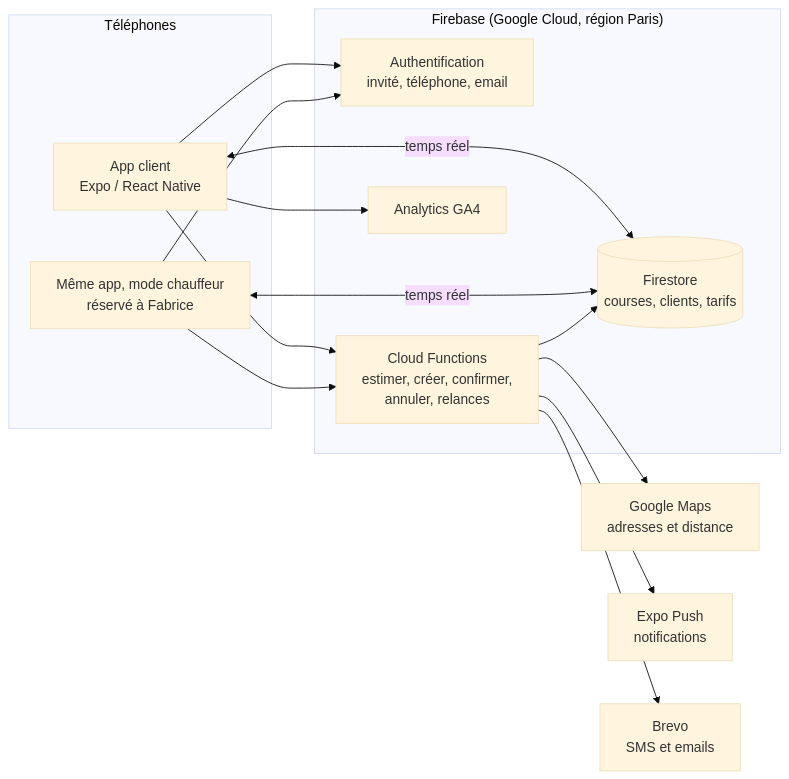
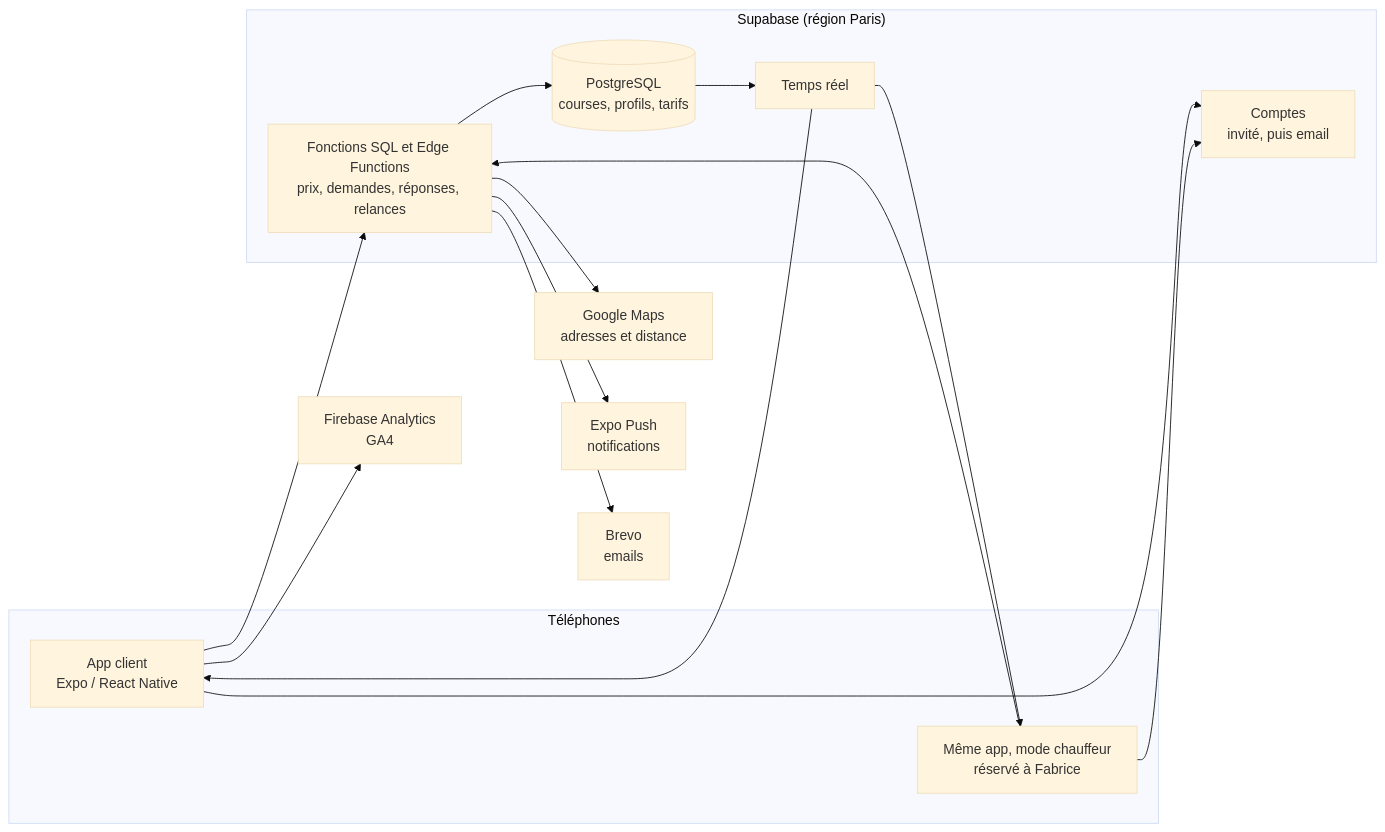
One commit to ZKS-Tech/app-vtc-volant3ranches changed the first of 2 diagrams in docs/architecture.md. Above: the diagram before and after it, drawn with Mermaid (base theme). The commit also changed other lines of this file and 14 other files, not shown here.

````diff
--- a/docs/architecture.md
+++ b/docs/architecture.md
@@ -7,28 +8,30 @@
 ```mermaid
 flowchart LR
   subgraph Téléphones
     C[App client<br/>Expo / React Native]
     F[Même app, mode chauffeur<br/>réservé à Fabrice]
   end
-  subgraph Firebase ["Firebase (Google Cloud, région Paris)"]
-    A[Authentification<br/>invité, téléphone, email]
-    D[(Firestore<br/>courses, clients, tarifs)]
-    FN[Cloud Functions<br/>estimer, créer, confirmer,<br/>annuler, relances]
-    GA[Analytics GA4]
+  subgraph Supabase ["Supabase (région Paris)"]
+    A[Comptes<br/>invité, puis email]
+    D[(PostgreSQL<br/>courses, profils, tarifs)]
+    FN[Fonctions SQL et Edge Functions<br/>prix, demandes, réponses, relances]
+    RT[Temps réel]
   end
   G[Google Maps<br/>adresses et distance]
   P[Expo Push<br/>notifications]
-  B[Brevo<br/>SMS et emails]
+  B[Brevo<br/>emails]
+  GA[Firebase Analytics<br/>GA4]
 
   C --> A
   F --> A
-  C <-->|temps réel| D
-  F <-->|temps réel| D
   C --> FN
   F --> FN
+  FN --> D
+  D --> RT
+  RT --> C
+  RT --> F
   FN --> G
-  FN --> D
   FN --> P
   FN --> B
   C --> GA
 ```
````
